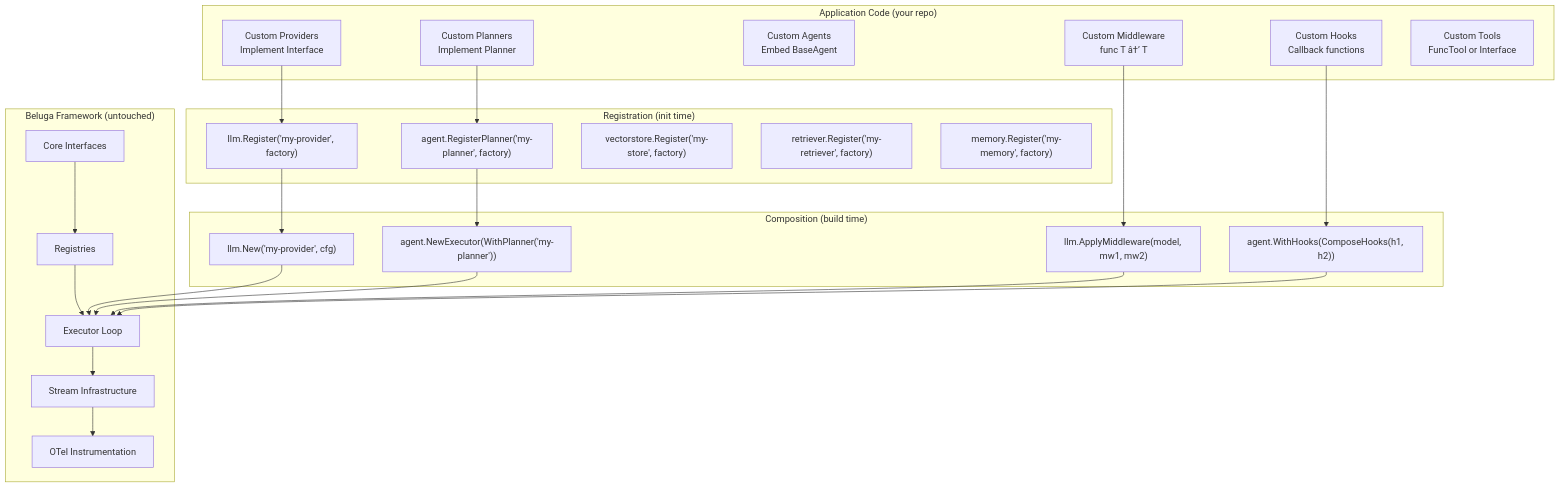
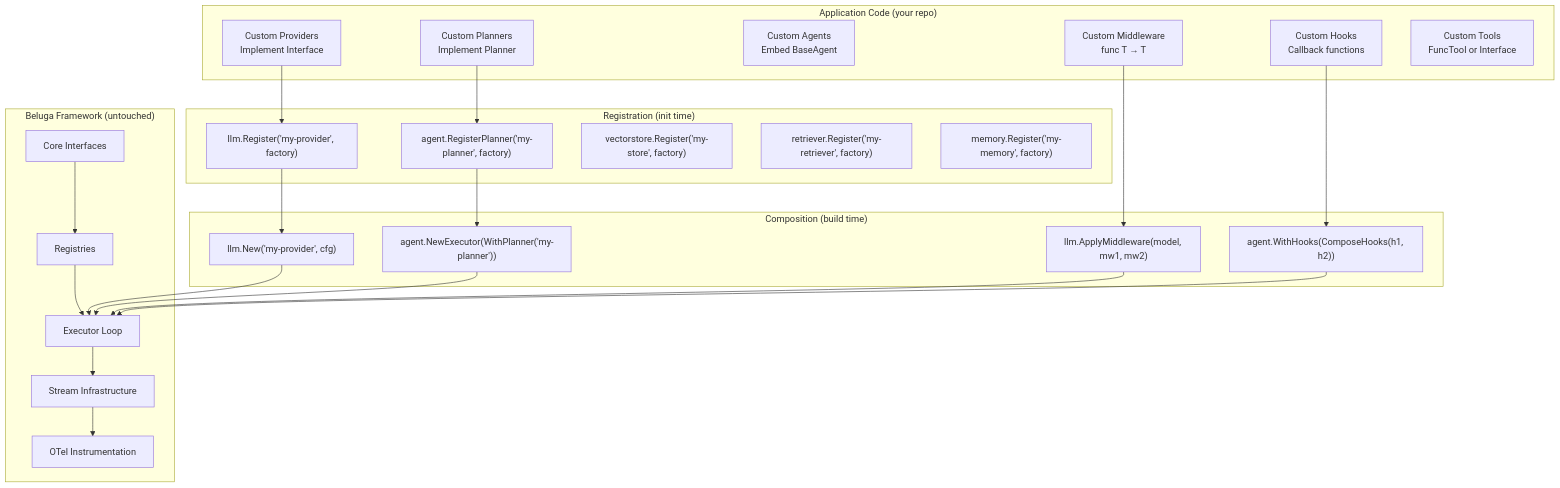
The sixth of 6 diagrams in docs/architecture.md (lookatitude/beluga-ai), drawn with Mermaid before and after one commit. The commit also changed other lines of this file and 222 other files, not shown here.

````diff
--- a/docs/architecture.md
+++ b/docs/architecture.md
@@ -1579,42 +1579,42 @@
 ```mermaid
 graph TB
     subgraph "Application Code (your repo)"
         A1[Custom Providers<br/>Implement Interface]
         A2[Custom Planners<br/>Implement Planner]
         A3[Custom Agents<br/>Embed BaseAgent]
-        A4[Custom Middleware<br/>func T â†’ T]
+        A4[Custom Middleware<br/>func T → T]
         A5[Custom Hooks<br/>Callback functions]
         A6[Custom Tools<br/>FuncTool or Interface]
     end
 
     subgraph "Registration (init time)"
         R1["llm.Register('my-provider', factory)"]
         R2["agent.RegisterPlanner('my-planner', factory)"]
         R3["vectorstore.Register('my-store', factory)"]
         R4["retriever.Register('my-retriever', factory)"]
         R5["memory.Register('my-memory', factory)"]
     end
 
     subgraph "Composition (build time)"
         C1["llm.New('my-provider', cfg)"]
         C2["llm.ApplyMiddleware(model, mw1, mw2)"]
         C3["agent.NewExecutor(WithPlanner('my-planner'))"]
         C4["agent.WithHooks(ComposeHooks(h1, h2))"]
     end
 
     subgraph "Beluga Framework (untouched)"
         F1[Core Interfaces]
         F2[Registries]
         F3[Executor Loop]
         F4[Stream Infrastructure]
         F5[OTel Instrumentation]
     end
 
     A1 --> R1 --> C1
     A2 --> R2 --> C3
     A4 --> C2
     A5 --> C4
     
     C1 & C2 & C3 & C4 --> F3
     F1 --> F2 --> F3 --> F4 --> F5
 ```
````
